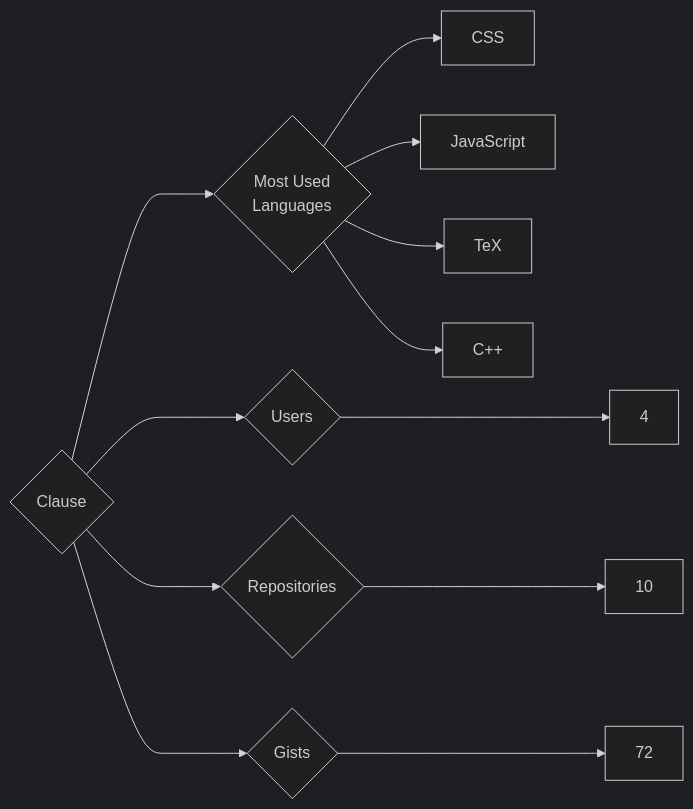
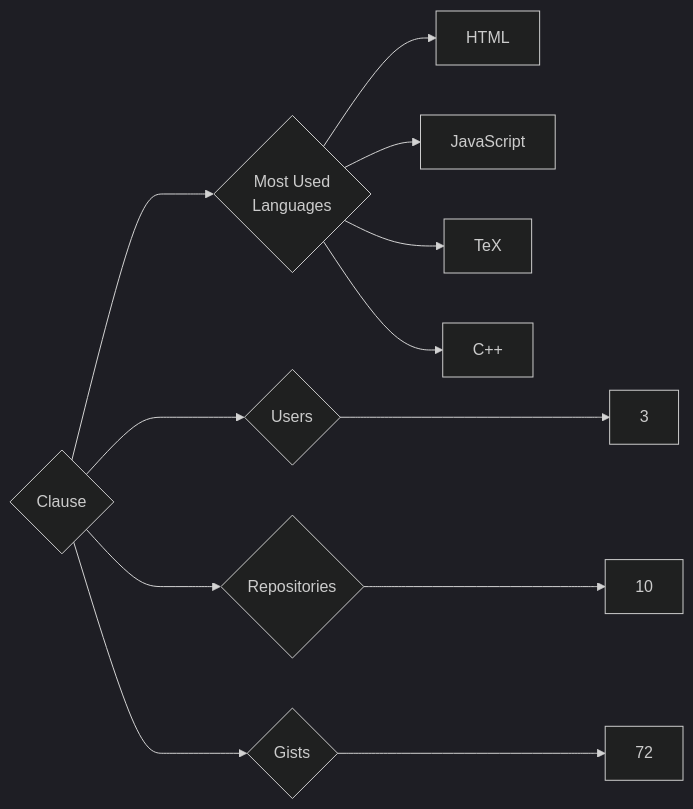
Before and after one commit to trickest/insiders: the diagram in targets/Clause/README.md, drawn with Mermaid (dark theme). The commit also changed 757 other files, not shown here.

````diff
--- a/targets/Clause/README.md
+++ b/targets/Clause/README.md
@@ -3,12 +3,12 @@
 ```mermaid
 graph LR
 COMPANY_NAME{Clause}
-COMPANY_NAME ---> U{Users} ---> UN[4]
+COMPANY_NAME ---> U{Users} ---> UN[3]
 COMPANY_NAME ---> R{Repositories} ---> RN[10]
 COMPANY_NAME ---> G{Gists} ---> GN[72]
 COMPANY_NAME ---> ML{Most Used<br>Languages}
-ML --> CSS[CSS]
+ML --> HTML[HTML]
 ML --> JavaScript[JavaScript]
 ML --> TeX[TeX]
 ML --> C++[C++]
 ```
````
